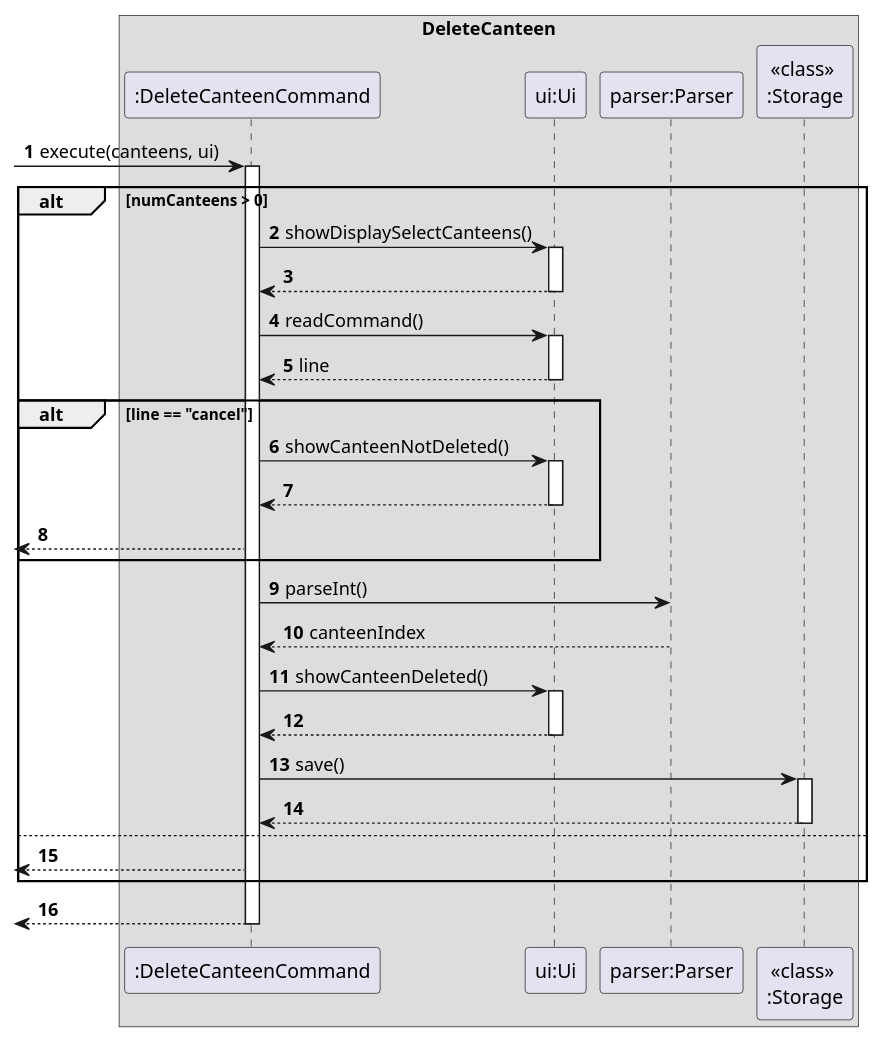
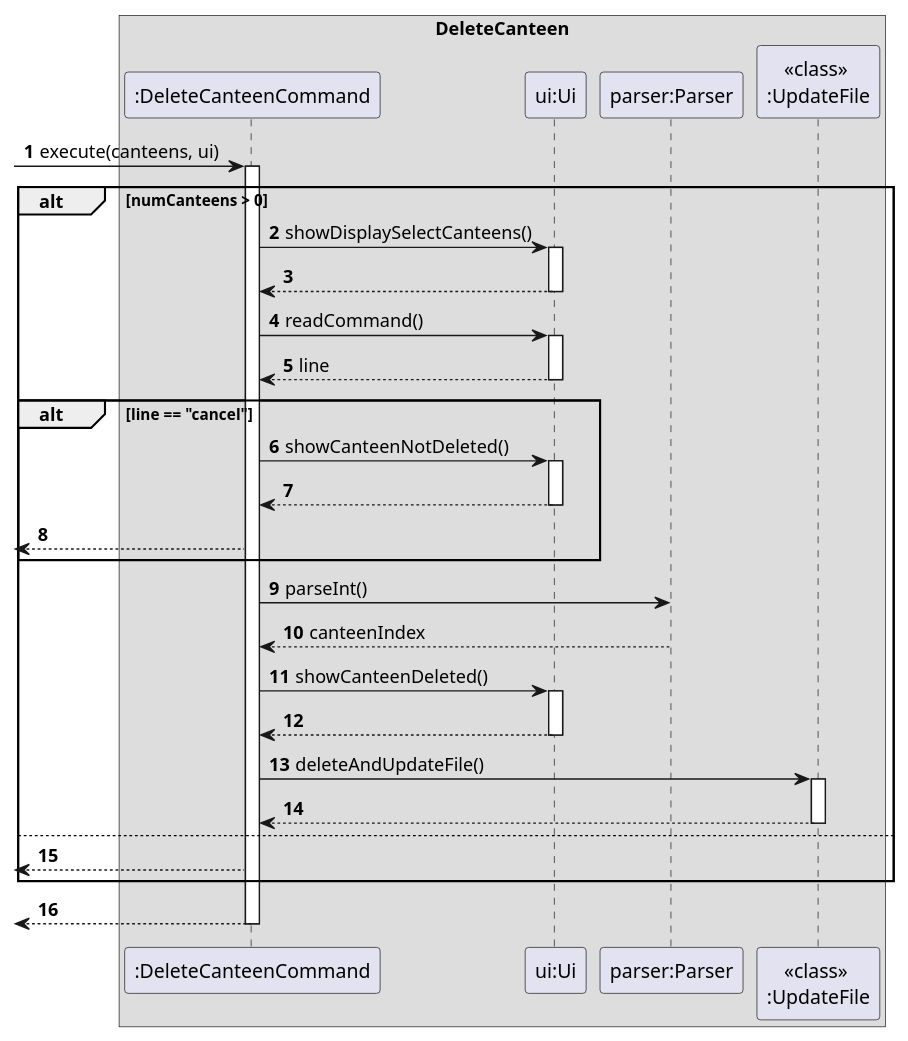
One commit to nus-cs2113-AY2021S2/tp changed the diagram in docs/PlantUML/DeleteCanteen.puml. Above: the diagram before and after it, drawn with PlantUML. The commit also changed 7 other files, not shown here.

```diff
--- a/docs/PlantUML/DeleteCanteen.puml
+++ b/docs/PlantUML/DeleteCanteen.puml
@@ -1,49 +1,49 @@
 @startuml
 'https://plantuml.com/sequence-diagram
 
 autonumber
 box DeleteCanteen
 
 ->":DeleteCanteenCommand" : execute(canteens, ui)
 activate ":DeleteCanteenCommand"
 
 alt numCanteens > 0
 ":DeleteCanteenCommand" -> "ui:Ui" : showDisplaySelectCanteens()
 activate "ui:Ui"
 "ui:Ui" --> ":DeleteCanteenCommand"
 deactivate "ui:Ui"
 
 ":DeleteCanteenCommand" -> "ui:Ui" : readCommand()
 activate "ui:Ui"
 "ui:Ui" --> ":DeleteCanteenCommand" : line
 deactivate "ui:Ui"
 
 alt line == "cancel"
     ":DeleteCanteenCommand" -> "ui:Ui" : showCanteenNotDeleted()
     activate "ui:Ui"
     "ui:Ui" --> ":DeleteCanteenCommand"
     deactivate "ui:Ui"
     <-- ":DeleteCanteenCommand"
 end
 
 ":DeleteCanteenCommand" -> "parser:Parser" : parseInt()
 "parser:Parser" --> ":DeleteCanteenCommand" : canteenIndex
 
 ":DeleteCanteenCommand" -> "ui:Ui" : showCanteenDeleted()
 activate "ui:Ui"
 "ui:Ui" --> ":DeleteCanteenCommand"
 deactivate "ui:Ui"
 
-":DeleteCanteenCommand" -> "<<class>> \n:Storage" : save()
-activate "<<class>> \n:Storage"
-"<<class>> \n:Storage" --> ":DeleteCanteenCommand"
-deactivate "<<class>> \n:Storage"
+":DeleteCanteenCommand" -> "<<class>> \n:UpdateFile" : deleteAndUpdateFile()
+activate "<<class>> \n:UpdateFile"
+"<<class>> \n:UpdateFile" --> ":DeleteCanteenCommand"
+deactivate "<<class>> \n:UpdateFile"
 
 else
 <-- ":DeleteCanteenCommand"
 
 end
 
 <-- ":DeleteCanteenCommand"
 deactivate ":DeleteCanteenCommand"
 @enduml
```
